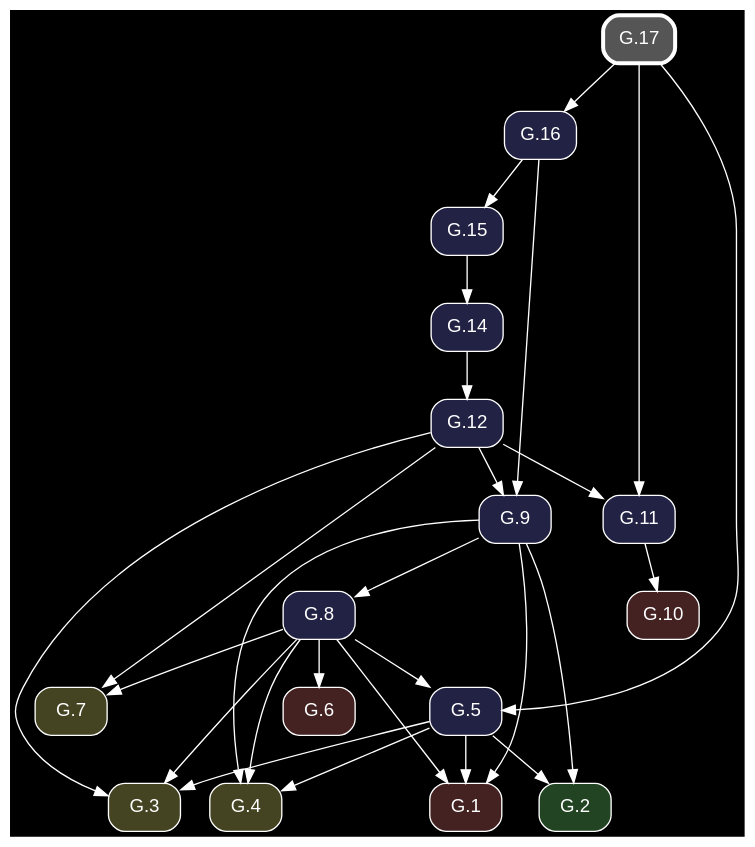
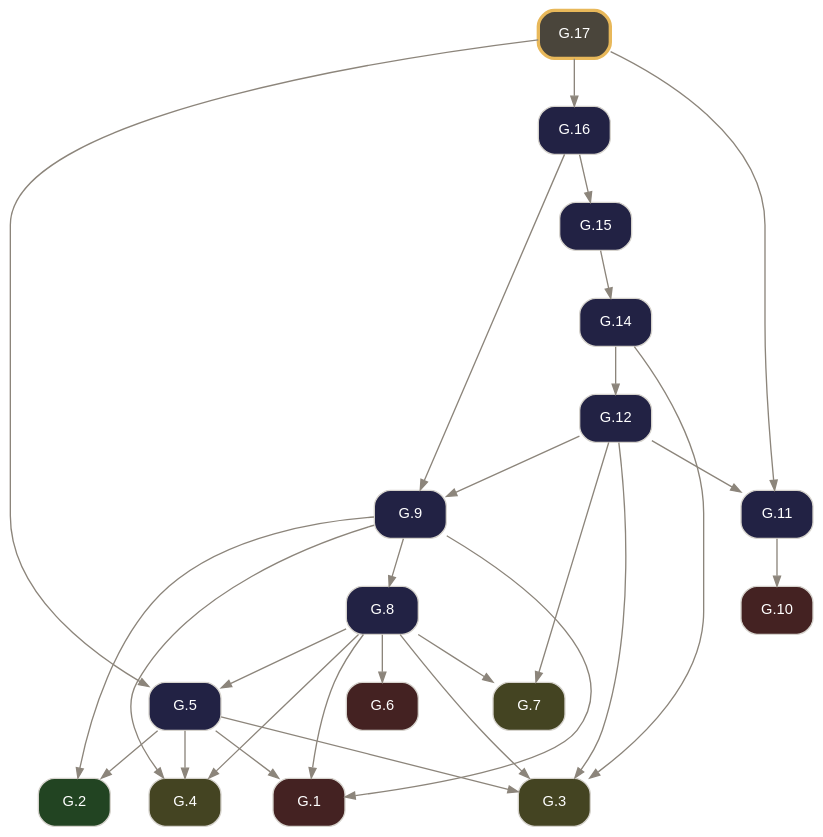
The diagram in docsrc/elements2/G.17/index.rst (geometor/elements), drawn with Graphviz before and after one commit. The commit also changed other lines of this file and 261 other files, not shown here.

Commit message:
feat: rebuild Elements 2.0 G-Index pipeline from composed Euclid Heath edition (v0.3.0)

```diff
--- a/docsrc/elements2/G.17/index.rst
+++ b/docsrc/elements2/G.17/index.rst
@@ -41,50 +59,51 @@
 .. graphviz::
 
    digraph {
-     bgcolor="black";
-     node [shape=box, style="rounded,filled", fontname="Helvetica", color="white", fontcolor="white"];
-     edge [color="white", fontcolor="white"];
+     bgcolor="transparent";
+     node [shape=box, style="rounded,filled", fontname="Helvetica", fontsize=11, color="#d6d3cd", fontcolor="#ffffff"];
+     edge [color="#8c857b", fontcolor="#8c857b", arrowsize=0.75];
      rankdir="TB";
-     "G.12" [label="G.12", fillcolor="#222244", URL="/elements2/G.12/", target="_top"];
-     "G.14" [label="G.14", fillcolor="#222244", URL="/elements2/G.14/", target="_top"];
-     "G.6" [label="G.6", fillcolor="#442222", URL="/elements2/G.6/", target="_top"];
-     "G.8" [label="G.8", fillcolor="#222244", URL="/elements2/G.8/", target="_top"];
-     "G.9" [label="G.9", fillcolor="#222244", URL="/elements2/G.9/", target="_top"];
-     "G.7" [label="G.7", fillcolor="#444422", URL="/elements2/G.7/", target="_top"];
-     "G.10" [label="G.10", fillcolor="#442222", URL="/elements2/G.10/", target="_top"];
-     "G.3" [label="G.3", fillcolor="#444422", URL="/elements2/G.3/", target="_top"];
-     "G.17" [label="G.17", penwidth=3, color="white", fillcolor="#555555", URL="/elements2/G.17/", target="_top"];
-     "G.15" [label="G.15", fillcolor="#222244", URL="/elements2/G.15/", target="_top"];
-     "G.11" [label="G.11", fillcolor="#222244", URL="/elements2/G.11/", target="_top"];
-     "G.5" [label="G.5", fillcolor="#222244", URL="/elements2/G.5/", target="_top"];
-     "G.4" [label="G.4", fillcolor="#444422", URL="/elements2/G.4/", target="_top"];
-     "G.1" [label="G.1", fillcolor="#442222", URL="/elements2/G.1/", target="_top"];
-     "G.16" [label="G.16", fillcolor="#222244", URL="/elements2/G.16/", target="_top"];
-     "G.2" [label="G.2", fillcolor="#224422", URL="/elements2/G.2/", target="_top"];
-     "G.14" -> "G.12";
-     "G.15" -> "G.14";
-     "G.8" -> "G.6";
-     "G.9" -> "G.8";
-     "G.16" -> "G.9";
-     "G.12" -> "G.9";
-     "G.8" -> "G.7";
-     "G.12" -> "G.7";
-     "G.11" -> "G.10";
+     "G.1" [label="G.1", tooltip="G.1 (I.cn.1)", fillcolor="#442222", URL="../G.1/index.html", target="_top"];
+     "G.2" [label="G.2", tooltip="G.2 (I.def.15)", fillcolor="#224422", URL="../G.2/index.html", target="_top"];
+     "G.3" [label="G.3", tooltip="G.3 (I.post.1)", fillcolor="#444422", URL="../G.3/index.html", target="_top"];
+     "G.4" [label="G.4", tooltip="G.4 (I.post.3)", fillcolor="#444422", URL="../G.4/index.html", target="_top"];
+     "G.5" [label="G.5", tooltip="G.5 (I.1)", fillcolor="#222244", URL="../G.5/index.html", target="_top"];
+     "G.6" [label="G.6", tooltip="G.6 (I.cn.3)", fillcolor="#442222", URL="../G.6/index.html", target="_top"];
+     "G.7" [label="G.7", tooltip="G.7 (I.post.2)", fillcolor="#444422", URL="../G.7/index.html", target="_top"];
+     "G.8" [label="G.8", tooltip="G.8 (I.2)", fillcolor="#222244", URL="../G.8/index.html", target="_top"];
+     "G.9" [label="G.9", tooltip="G.9 (I.3)", fillcolor="#222244", URL="../G.9/index.html", target="_top"];
+     "G.10" [label="G.10", tooltip="G.10 (I.cn.4)", fillcolor="#442222", URL="../G.10/index.html", target="_top"];
+     "G.11" [label="G.11", tooltip="G.11 (I.4)", fillcolor="#222244", URL="../G.11/index.html", target="_top"];
+     "G.12" [label="G.12", tooltip="G.12 (I.5)", fillcolor="#222244", URL="../G.12/index.html", target="_top"];
+     "G.14" [label="G.14", tooltip="G.14 (I.7)", fillcolor="#222244", URL="../G.14/index.html", target="_top"];
+     "G.15" [label="G.15", tooltip="G.15 (I.8)", fillcolor="#222244", URL="../G.15/index.html", target="_top"];
+     "G.16" [label="G.16", tooltip="G.16 (I.9)", fillcolor="#222244", URL="../G.16/index.html", target="_top"];
+     "G.17" [label="G.17", tooltip="G.17 (I.10)", penwidth=2.5, color="#e8b85a", fillcolor="#4a453b", URL="index.html", target="_top"];
+     "G.5" -> "G.1";
+     "G.8" -> "G.1";
+     "G.9" -> "G.1";
+     "G.5" -> "G.2";
+     "G.9" -> "G.2";
      "G.5" -> "G.3";
      "G.8" -> "G.3";
      "G.12" -> "G.3";
-     "G.16" -> "G.15";
-     "G.17" -> "G.11";
-     "G.12" -> "G.11";
-     "G.8" -> "G.5";
-     "G.17" -> "G.5";
+     "G.14" -> "G.3";
      "G.5" -> "G.4";
      "G.8" -> "G.4";
      "G.9" -> "G.4";
-     "G.5" -> "G.1";
-     "G.8" -> "G.1";
-     "G.9" -> "G.1";
+     "G.8" -> "G.5";
+     "G.17" -> "G.5";
+     "G.8" -> "G.6";
+     "G.8" -> "G.7";
+     "G.12" -> "G.7";
+     "G.9" -> "G.8";
+     "G.12" -> "G.9";
+     "G.16" -> "G.9";
+     "G.11" -> "G.10";
+     "G.12" -> "G.11";
+     "G.17" -> "G.11";
+     "G.14" -> "G.12";
+     "G.15" -> "G.14";
+     "G.16" -> "G.15";
      "G.17" -> "G.16";
-     "G.5" -> "G.2";
-     "G.9" -> "G.2";
    }
```
